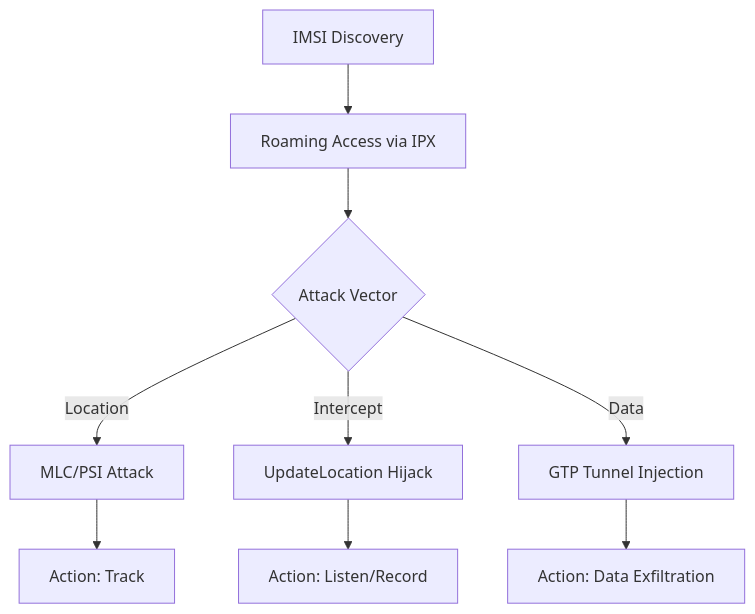
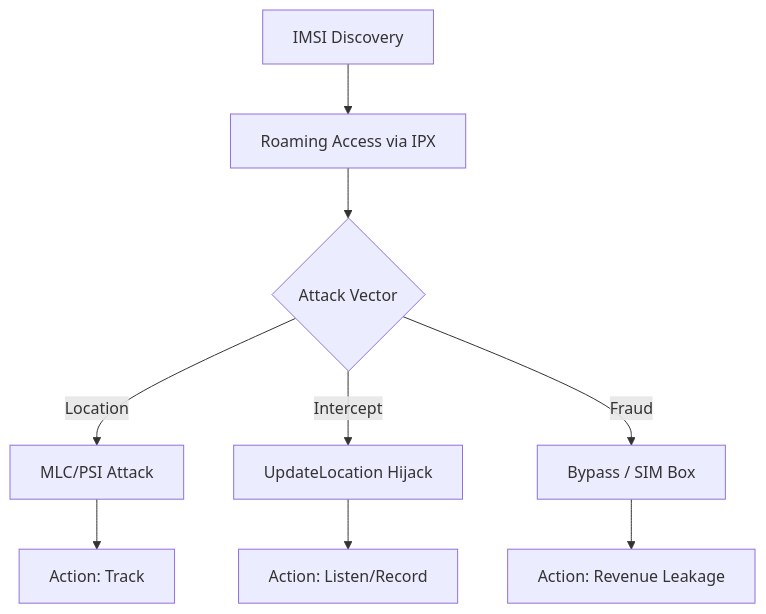
The diagram in README.md (arch-yunus/Telecom-Security-Essentials), drawn with Mermaid before and after one commit. The commit also changed other lines of this file, not shown here.

````diff
--- a/README.md
+++ b/README.md
@@ -45,11 +51,11 @@
 ```mermaid
 graph TD
     A[IMSI Discovery] --> B[Roaming Access via IPX]
     B --> C{Attack Vector}
     C -->|Location| D[MLC/PSI Attack]
     C -->|Intercept| E[UpdateLocation Hijack]
-    C -->|Data| F[GTP Tunnel Injection]
+    C -->|Fraud| F[Bypass / SIM Box]
     D --> G[Action: Track]
     E --> H[Action: Listen/Record]
-    F --> I[Action: Data Exfiltration]
+    F --> I[Action: Revenue Leakage]
 ```
````
